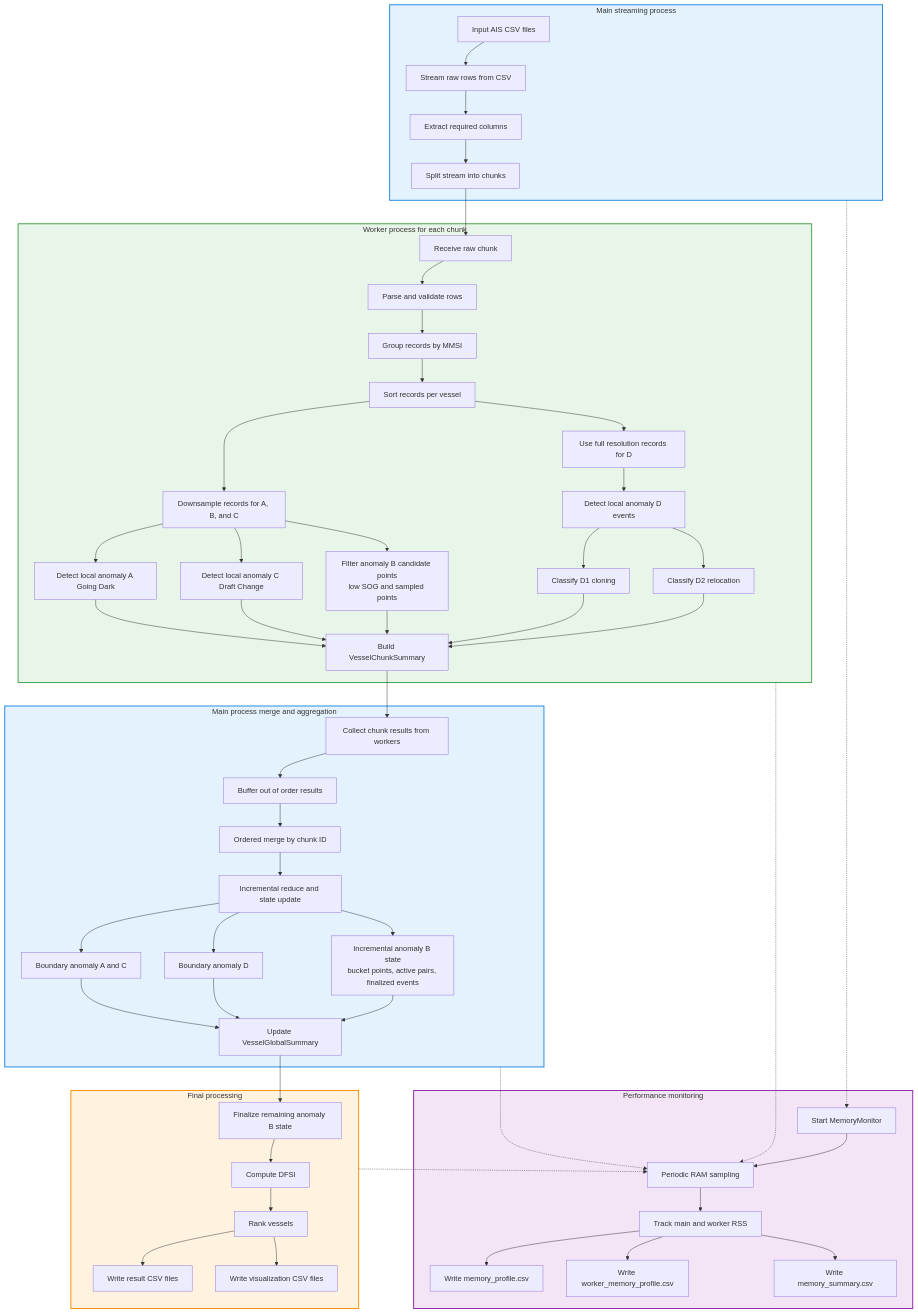
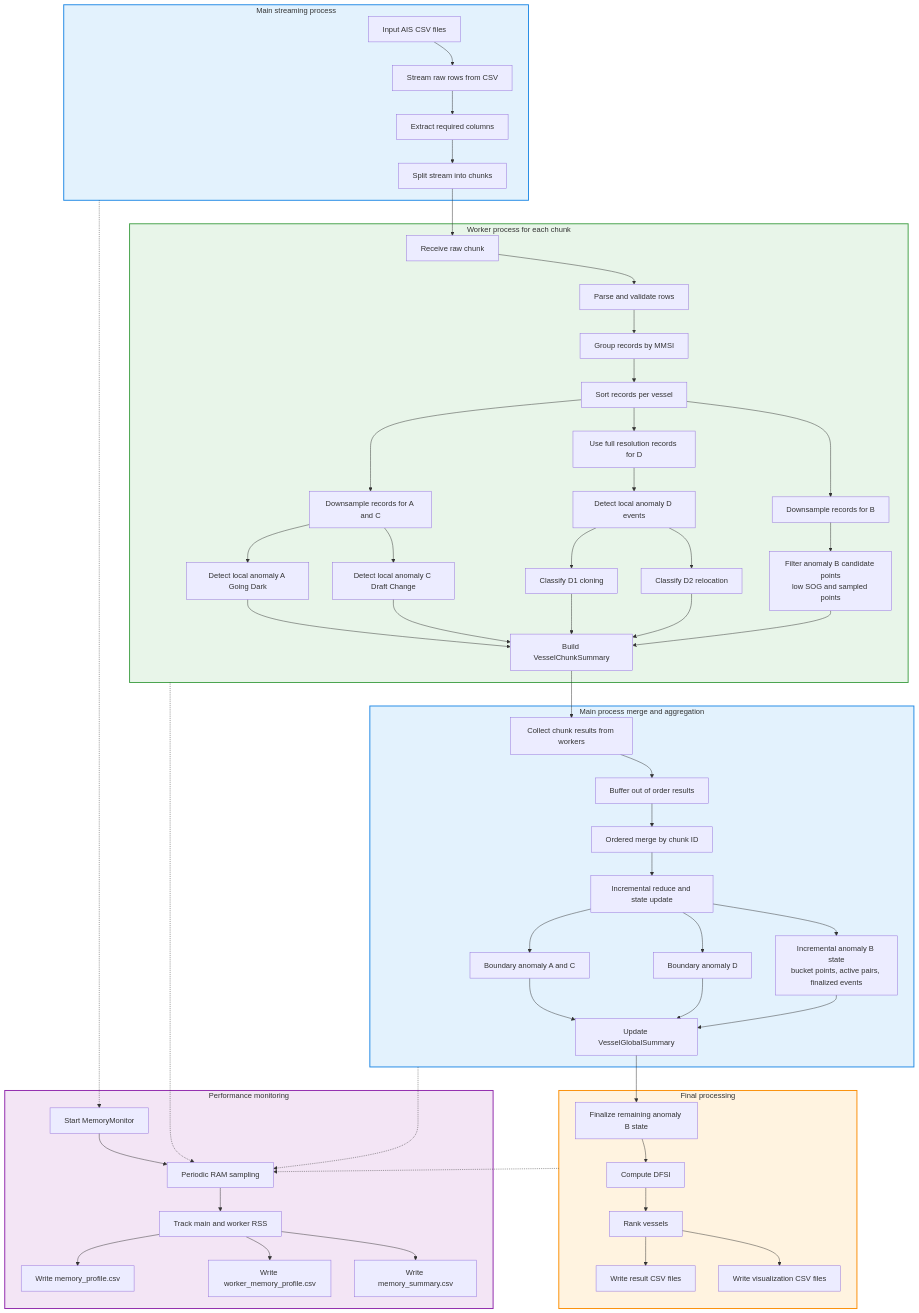
One commit to OnkarBasu/BigdataprojectVU changed the diagram in README.md. Above: the diagram before and after it, drawn with Mermaid. The commit also changed other lines of this file, not shown here.

```diff
--- a/README.md
+++ b/README.md
@@ -55,7 +55,8 @@
         G[Group records by MMSI]
         H[Sort records per vessel]
 
-        I[Downsample records for A, B, and C]
+        I1[Downsample records for A and C]
+        I2[Downsample records for B]
         J[Use full resolution records for D]
 
         K[Detect local anomaly A Going Dark]
@@ -100,12 +101,13 @@
 
     A --> B --> C --> D --> E
     E --> F --> G --> H
-    H --> I
+    H --> I1
+    H --> I2
     H --> J
 
-    I --> K
-    I --> L
-    I --> N
+    I1 --> K
+    I1 --> L
+    I2 --> N
 
     J --> M
     M --> M1
```
